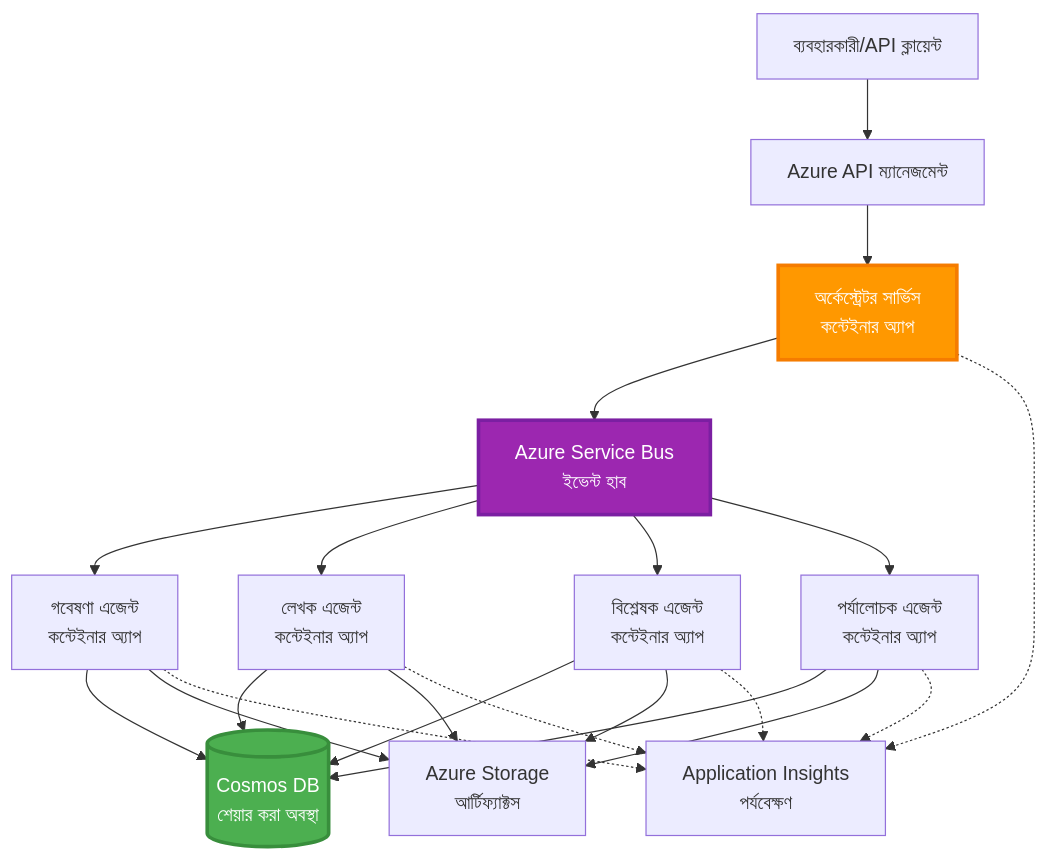
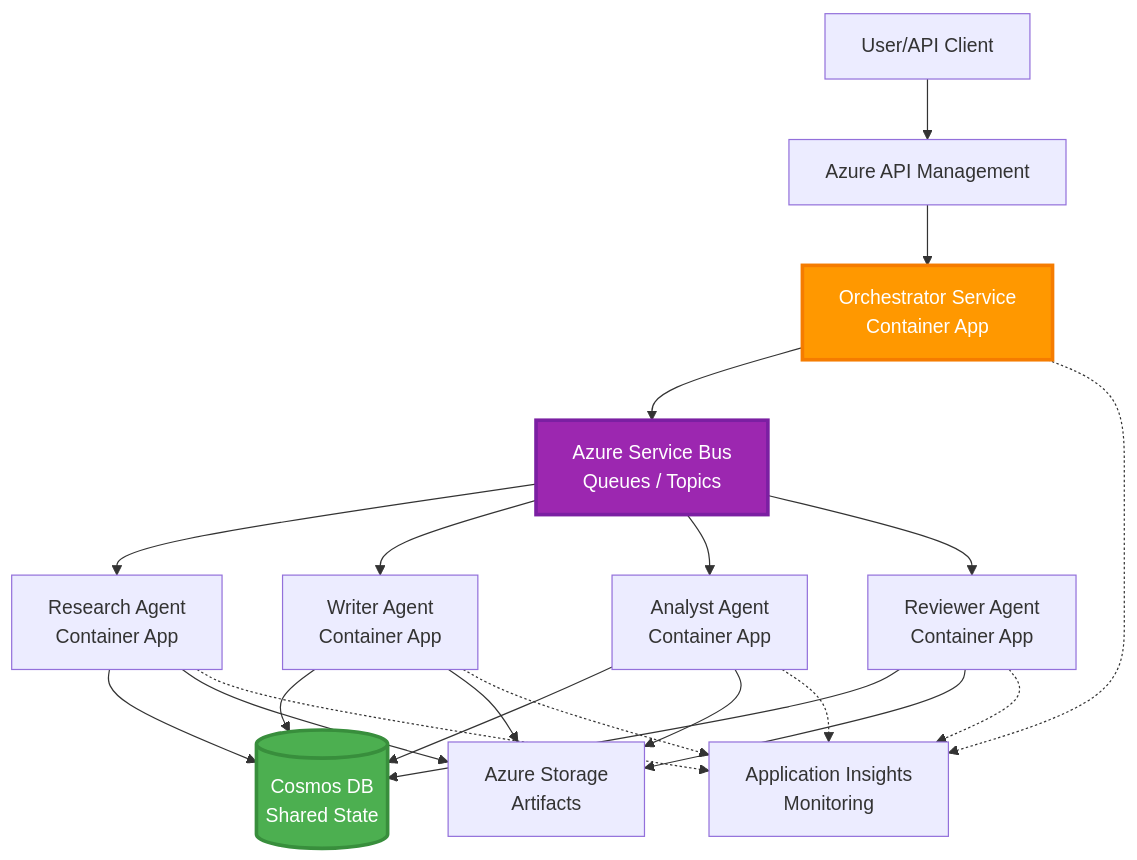
The seventh of 7 diagrams in translations/bn/docs/chapter-06-pre-deployment/coordination-patterns.md (microsoft/AZD-for-beginners), drawn with Mermaid before and after one commit. The commit also changed other lines of this file and 9 other files, not shown here.

````diff
--- a/translations/bn/docs/chapter-06-pre-deployment/coordination-patterns.md
+++ b/translations/bn/docs/chapter-06-pre-deployment/coordination-patterns.md
@@ -265,45 +271,45 @@
 ```mermaid
 graph TB
-    User[ব্যবহারকারী/API ক্লায়েন্ট]
-    APIM[Azure API ম্যানেজমেন্ট]
-    Orchestrator[অর্কেস্ট্রেটর সার্ভিস<br/>কন্টেইনার অ্যাপ]
-    ServiceBus[Azure Service Bus<br/>ইভেন্ট হাব]
+    User[User/API Client]
+    APIM[Azure API Management]
+    Orchestrator[Orchestrator Service<br/>Container App]
+    ServiceBus[Azure Service Bus<br/>Queues / Topics]
     
-    Agent1[গবেষণা এজেন্ট<br/>কন্টেইনার অ্যাপ]
-    Agent2[লেখক এজেন্ট<br/>কন্টেইনার অ্যাপ]
-    Agent3[বিশ্লেষক এজেন্ট<br/>কন্টেইনার অ্যাপ]
-    Agent4[পর্যালোচক এজেন্ট<br/>কন্টেইনার অ্যাপ]
+    Agent1[Research Agent<br/>Container App]
+    Agent2[Writer Agent<br/>Container App]
+    Agent3[Analyst Agent<br/>Container App]
+    Agent4[Reviewer Agent<br/>Container App]
     
-    CosmosDB[(Cosmos DB<br/>শেয়ার করা অবস্থা)]
-    Storage[Azure Storage<br/>আর্টিফ্যাক্টস]
-    AppInsights[Application Insights<br/>পর্যবেক্ষণ]
+    CosmosDB[(Cosmos DB<br/>Shared State)]
+    Storage[Azure Storage<br/>Artifacts]
+    AppInsights[Application Insights<br/>Monitoring]
     
     User --> APIM
     APIM --> Orchestrator
     
     Orchestrator --> ServiceBus
     ServiceBus --> Agent1
     ServiceBus --> Agent2
     ServiceBus --> Agent3
     ServiceBus --> Agent4
     
     Agent1 --> CosmosDB
     Agent2 --> CosmosDB
     Agent3 --> CosmosDB
     Agent4 --> CosmosDB
     
     Agent1 --> Storage
     Agent2 --> Storage
     Agent3 --> Storage
     Agent4 --> Storage
     
     Orchestrator -.-> AppInsights
     Agent1 -.-> AppInsights
     Agent2 -.-> AppInsights
     Agent3 -.-> AppInsights
     Agent4 -.-> AppInsights
     
     style Orchestrator fill:#FF9800,stroke:#F57C00,stroke-width:3px,color:#fff
     style ServiceBus fill:#9C27B0,stroke:#7B1FA2,stroke-width:3px,color:#fff
     style CosmosDB fill:#4CAF50,stroke:#388E3C,stroke-width:3px,color:#fff
 ```
````
